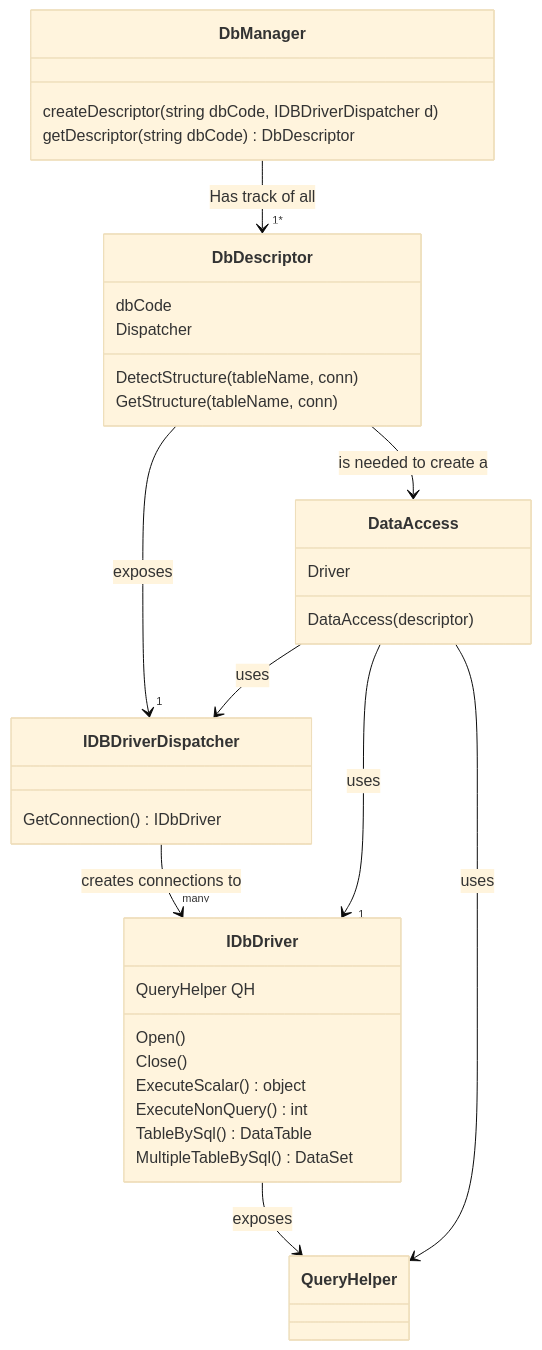
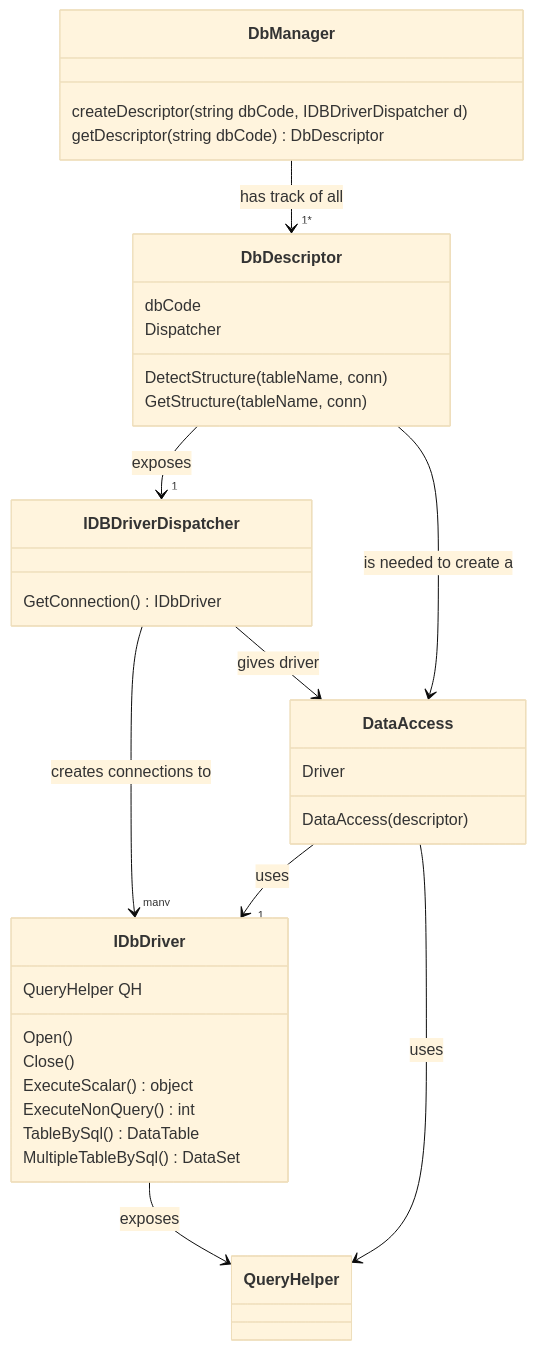
One commit to TempoSrl/myKode_core changed the diagram in DbDescriptor.md. Above: the diagram before and after it, drawn with Mermaid (base theme). The commit also changed 2 other files, not shown here.

Commit message:
diagramma

````diff
--- a/DbDescriptor.md
+++ b/DbDescriptor.md
@@ -23,50 +23,50 @@
 ```mermaid
 
 classDiagram
 
 
     class DbDescriptor     
     DbDescriptor: dbCode
     DbDescriptor: Dispatcher
     DbDescriptor: DetectStructure(tableName, conn)
     DbDescriptor: GetStructure(tableName, conn)
 
     class IDBDriverDispatcher
     IDBDriverDispatcher: GetConnection() IDbDriver
 
     DbDescriptor --> "1" IDBDriverDispatcher : exposes
 
     class DbManager
     DbManager : createDescriptor(string dbCode, IDBDriverDispatcher d)
     DbManager :  getDescriptor(string dbCode) DbDescriptor
   
-    DbManager --> "1*" DbDescriptor : Has track of all
+    DbManager --> "1*" DbDescriptor : has track of all
     
     IDBDriverDispatcher --> "many" IDbDriver : creates connections to
 
 
     class IDbDriver
     IDbDriver: QueryHelper QH
     IDbDriver: Open()
     IDbDriver: Close()
     IDbDriver: ExecuteScalar() object
     IDbDriver: ExecuteNonQuery() int
     IDbDriver: TableBySql() DataTable
     IDbDriver: MultipleTableBySql() DataSet
 
     class DataAccess
     DataAccess: Driver
     DataAccess: DataAccess(descriptor)
 
     DbDescriptor --> DataAccess : is needed to create a
     DataAccess --> "1" IDbDriver : uses 
 
     class QueryHelper 
 
     IDbDriver --> QueryHelper : exposes
     DataAccess --> QueryHelper : uses
-    DataAccess --> IDBDriverDispatcher : uses
+    IDBDriverDispatcher --> DataAccess  : gives driver
 
 
 
 ```
````
